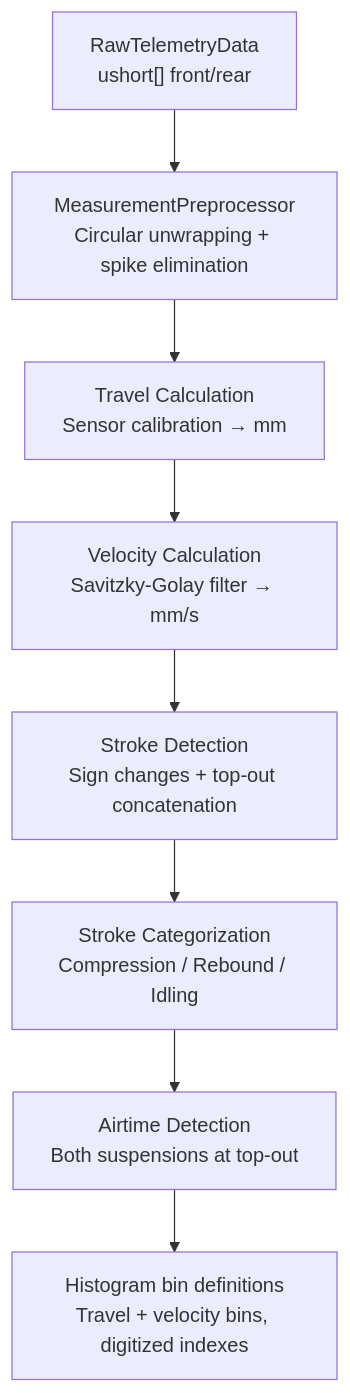
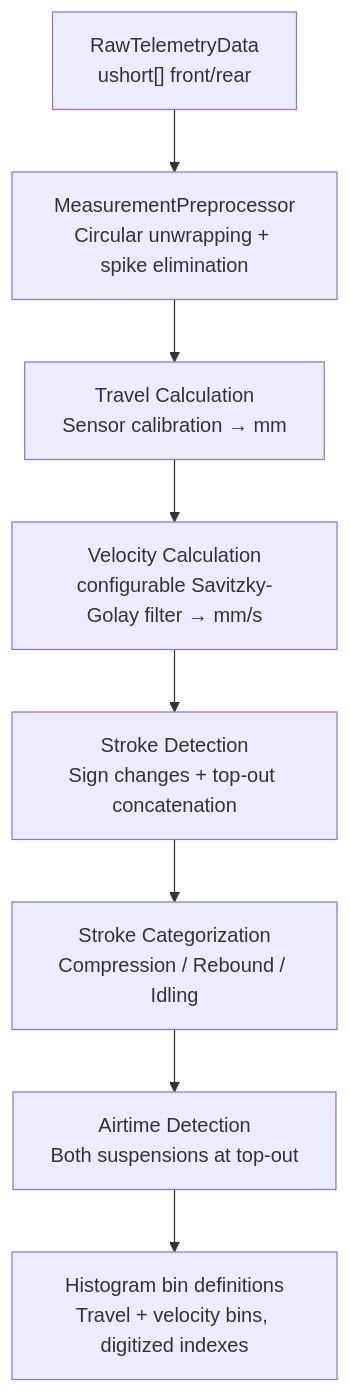
The diagram in docs/architecture/processing.md (MoridinBG/Sufni.app), drawn with Mermaid before and after one commit. The commit also changed other lines of this file and 12 other files, not shown here.

````diff
--- a/docs/architecture/processing.md
+++ b/docs/architecture/processing.md
@@ -7,10 +7,10 @@
 ```mermaid
 graph TD
     Raw["RawTelemetryData<br/>ushort[] front/rear"] --> Pre["MeasurementPreprocessor<br/>Circular unwrapping + spike elimination"]
     Pre --> Travel["Travel Calculation<br/>Sensor calibration → mm"]
-    Travel --> Velocity["Velocity Calculation<br/>Savitzky-Golay filter → mm/s"]
+    Travel --> Velocity["Velocity Calculation<br/>configurable Savitzky-Golay filter → mm/s"]
     Velocity --> Strokes["Stroke Detection<br/>Sign changes + top-out concatenation"]
     Strokes --> Cat["Stroke Categorization<br/>Compression / Rebound / Idling"]
     Cat --> Air["Airtime Detection<br/>Both suspensions at top-out"]
     Air --> Hist["Histogram bin definitions<br/>Travel + velocity bins, digitized indexes"]
 ```
````
